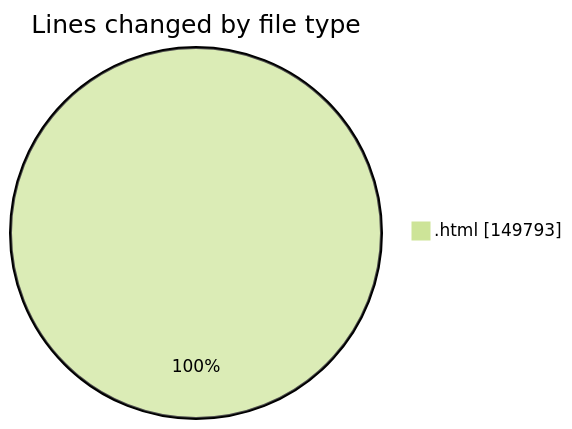
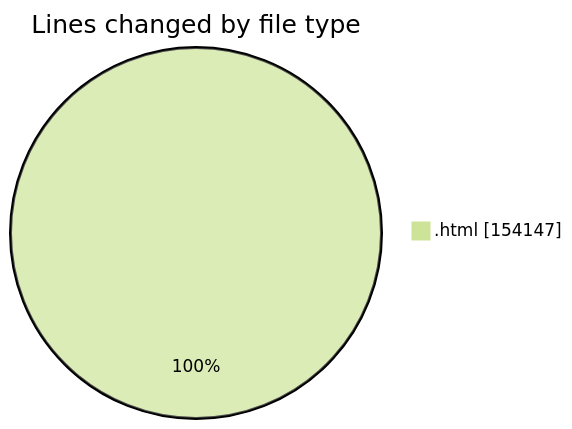
One commit to vahidmafi/code-tracking changed the first of 2 diagrams in 2025-03-03/www/README.md. Above: the diagram before and after it, drawn with Mermaid (forest theme). The commit also changed other lines of this file and 1 other file, not shown here.

````diff
--- a/2025-03-03/www/README.md
+++ b/2025-03-03/www/README.md
@@ -276,5 +284,5 @@
 ```mermaid
 pie showData
 title Lines changed by file type
-".html" : 149793
+".html" : 154147
 ```
````
